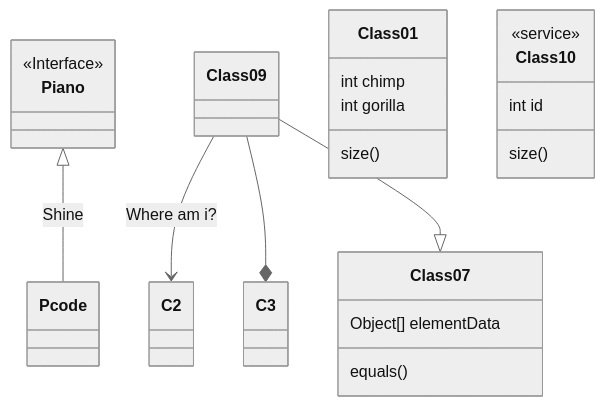
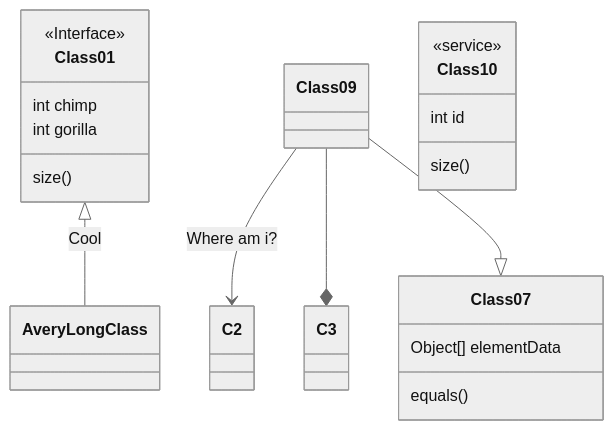
One commit to junthimapianopromwang/CheckNamesys changed the diagram in README.md. Above: the diagram before and after it, drawn with Mermaid (neutral theme).

````diff
--- a/README.md
+++ b/README.md
@@ -16,19 +16,18 @@
 ```mermaid
 classDiagram
-Piano <|-- Pcode: Shine
-<<Interface>> Piano
+Class01 <|-- AveryLongClass : Cool
+<<Interface>> Class01
 Class09 --> C2 : Where am i?
 Class09 --* C3
 Class09 --|> Class07
 Class07 : equals()
 Class07 : Object[] elementData
 Class01 : size()
 Class01 : int chimp
 Class01 : int gorilla
 class Class10 {
   <<service>>
   int id
   size()
 }
-
 ```
````
